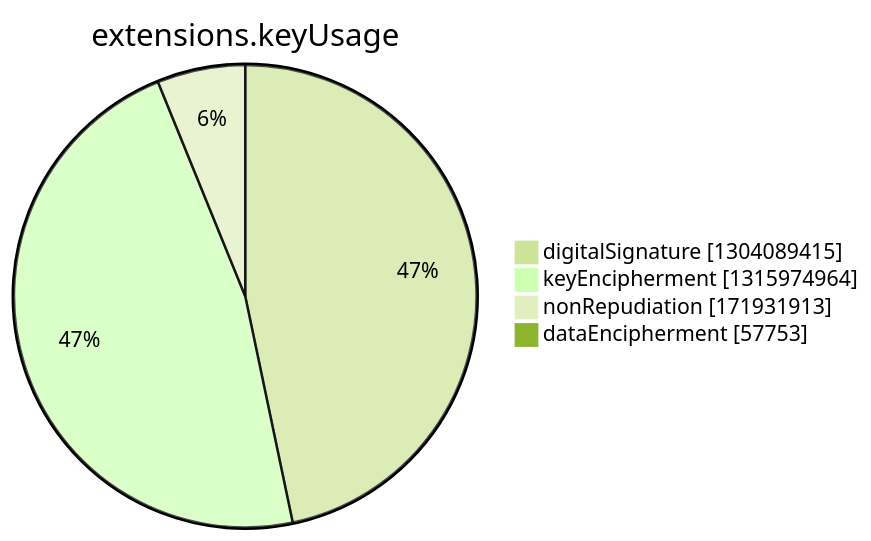
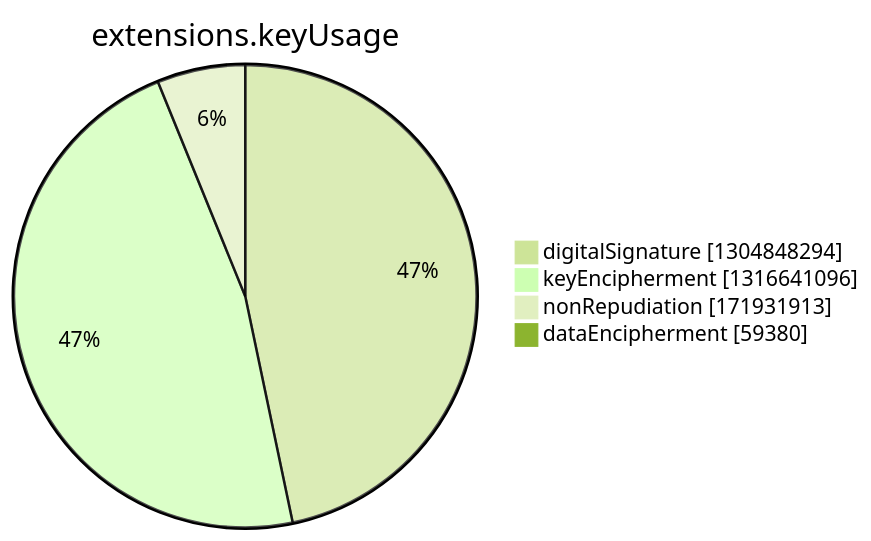
Before and after one commit to christiankrug/ctmonitor_visualization: the seventh of 15 diagrams in argon2022/README.md, drawn with Mermaid (forest theme). The commit also changed other lines of this file, not shown here.

````diff
--- a/argon2022/README.md
+++ b/argon2022/README.md
@@ -2749,8 +2749,8 @@
 ```mermaid
 pie showData
 title extensions.keyUsage
-"digitalSignature" :1304089415
-"keyEncipherment" :1315974964
+"digitalSignature" :1304848294
+"keyEncipherment" :1316641096
 "nonRepudiation" :171931913
-"dataEncipherment" :57753
+"dataEncipherment" :59380
 ```
````
